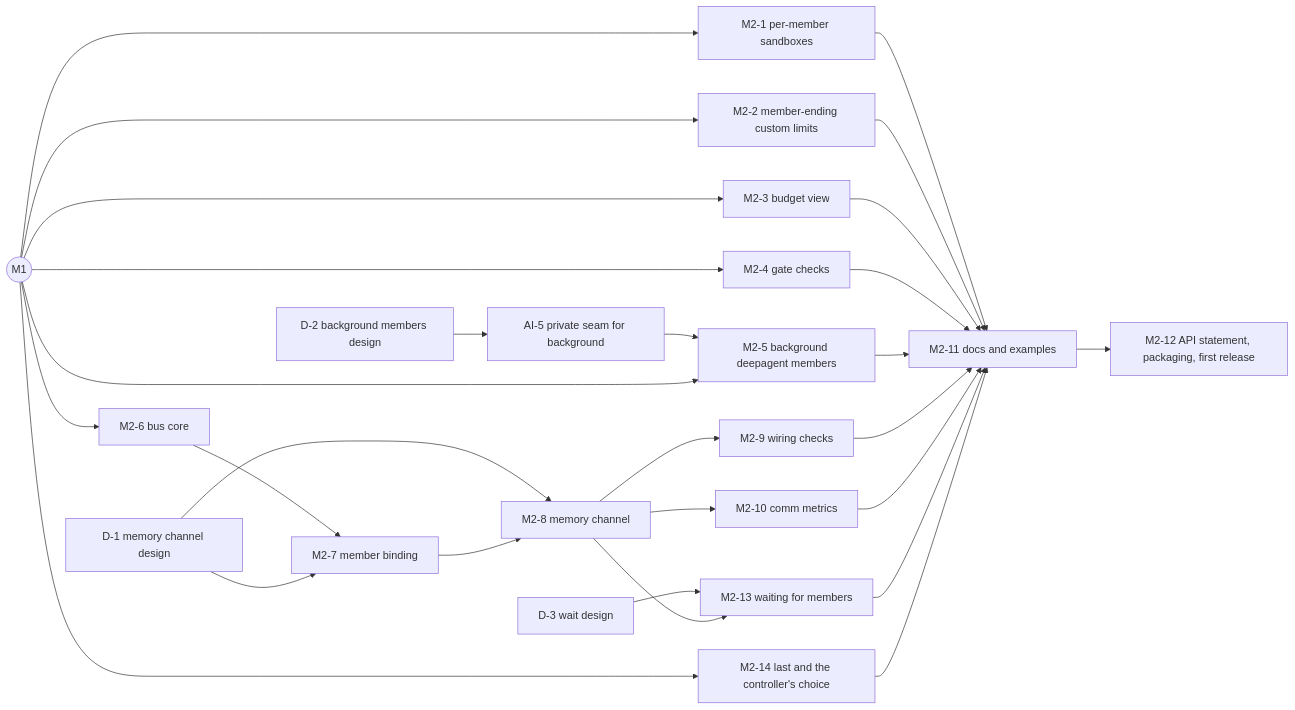
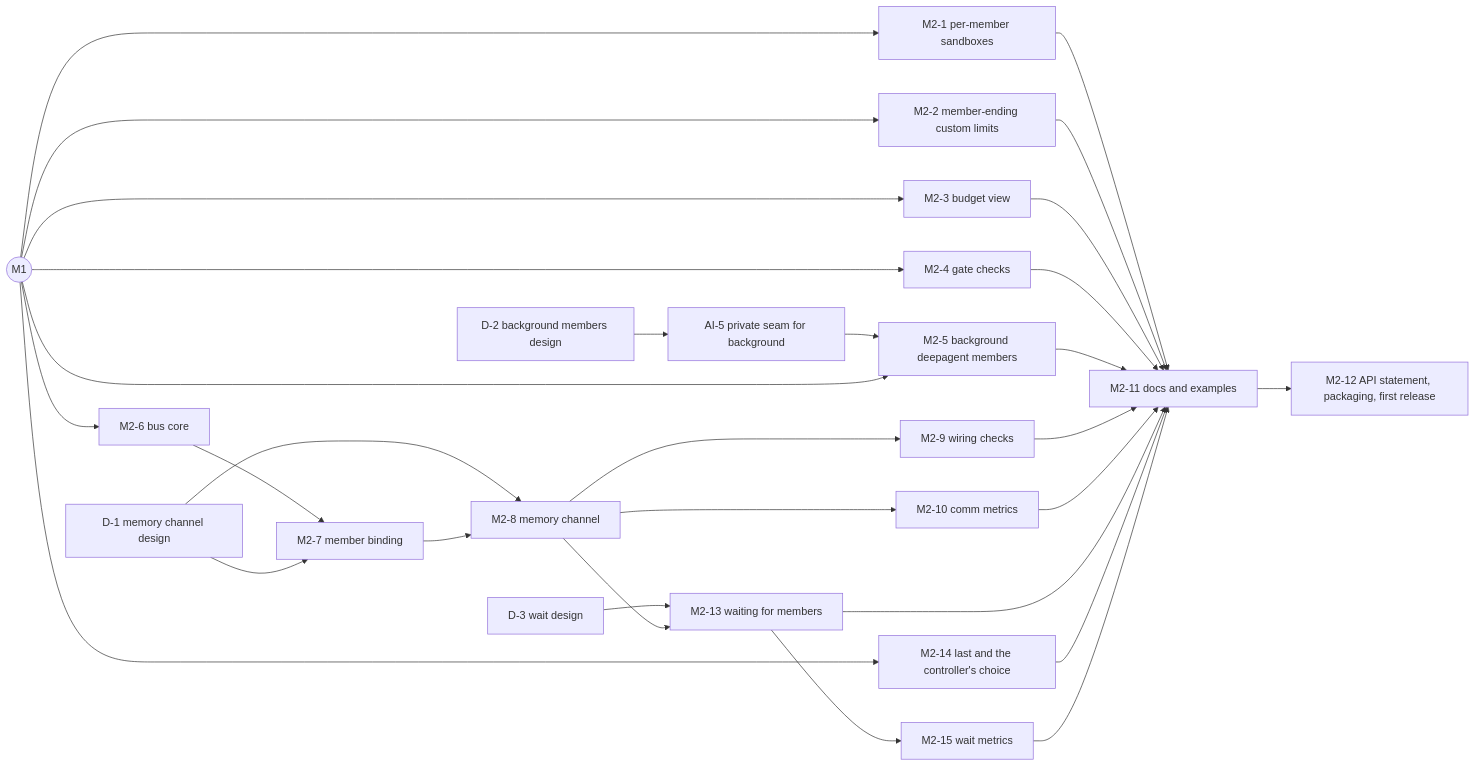
The second of 2 diagrams in design/swarm-implementation-plan.md (meridianlabs-ai/inspect_swarm), drawn with Mermaid before and after one commit. The commit also changed other lines of this file and 1 other file, not shown here.

First line of the commit message:
docs: Design: plan ids for stop_on_submission and the wait metrics (#199)

````diff
--- a/design/swarm-implementation-plan.md
+++ b/design/swarm-implementation-plan.md
@@ -282,22 +289,23 @@
 ```mermaid
 flowchart LR
   M1((M1)) --> M2_1[M2-1 per-member sandboxes]
   M1 --> M2_2[M2-2 member-ending custom limits]
   M1 --> M2_3[M2-3 budget view]
   M1 --> M2_4[M2-4 gate checks]
   D2[D-2 background members design] --> AI5[AI-5 private seam for background]
   AI5 --> M2_5[M2-5 background deepagent members]
   M1 --> M2_5
   M1 --> M2_6[M2-6 bus core]
   M2_6 --> M2_7[M2-7 member binding]
   D1[D-1 memory channel design] --> M2_7
   D1 --> M2_8
   M2_7 --> M2_8[M2-8 memory channel]
   M2_8 --> M2_9[M2-9 wiring checks]
   M2_8 --> M2_10[M2-10 comm metrics]
   D3[D-3 wait design] --> M2_13
   M2_8 --> M2_13[M2-13 waiting for members]
+  M2_13 --> M2_15[M2-15 wait metrics]
   M1 --> M2_14[M2-14 last and the controller's choice]
-  M2_1 & M2_2 & M2_3 & M2_4 & M2_5 & M2_9 & M2_10 & M2_13 & M2_14 --> M2_11[M2-11 docs and examples]
+  M2_1 & M2_2 & M2_3 & M2_4 & M2_5 & M2_9 & M2_10 & M2_13 & M2_14 & M2_15 --> M2_11[M2-11 docs and examples]
   M2_11 --> M2_12[M2-12 API statement, packaging, first release]
 ```
````
